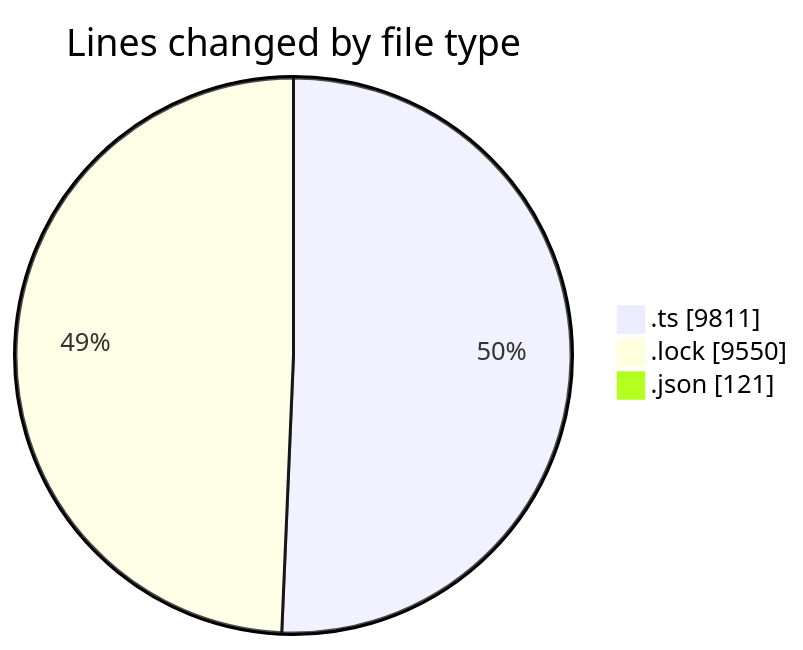
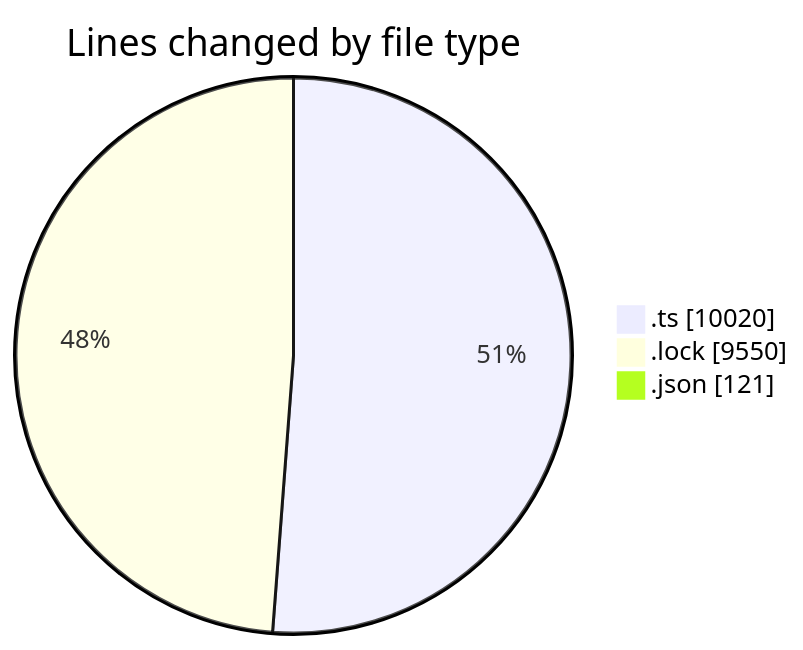
One commit to momahboobian/code-tracking changed the first of 2 diagrams in 2025-10-30/cda/README.md. Above: the diagram before and after it, drawn with Mermaid. The commit also changed other lines of this file and 1 other file, not shown here.

````diff
--- a/2025-10-30/cda/README.md
+++ b/2025-10-30/cda/README.md
@@ -28,7 +28,7 @@
 ```mermaid
 pie showData
 title Lines changed by file type
-".ts" : 9811
+".ts" : 10020
 ".lock" : 9550
 ".json" : 121
 ```
````
